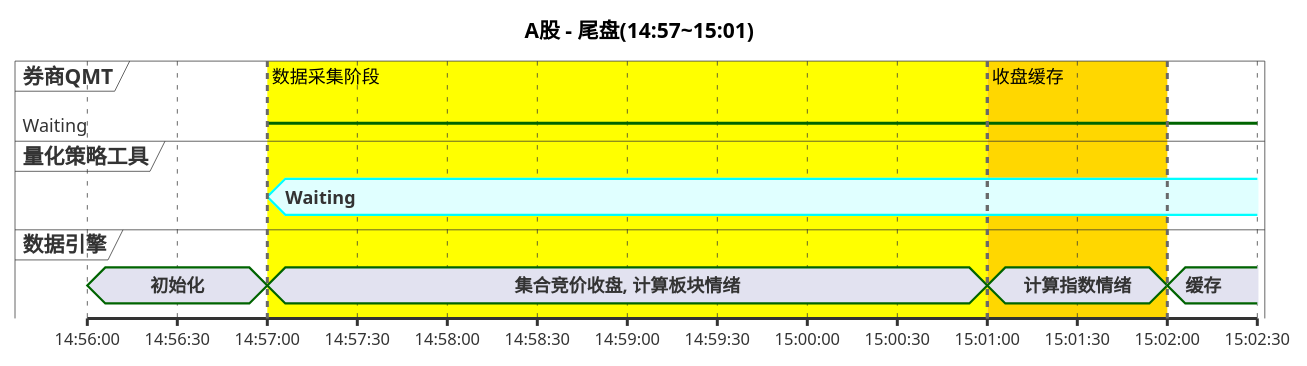
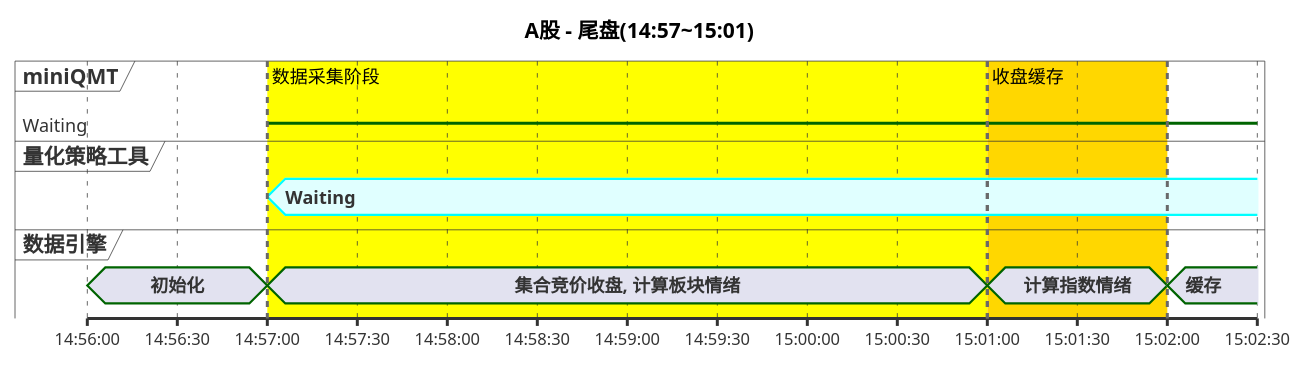
One commit to quant1x/engine changed the diagram in docs/quant-pm.puml. Above: the diagram before and after it, drawn with PlantUML.

Commit message:
修订QMT的定义为miniQMT

```diff
--- a/docs/quant-pm.puml
+++ b/docs/quant-pm.puml
@@ -1,23 +1,23 @@
 @startuml
 title A股 - 尾盘(14:57~15:01)
-robust "券商QMT" as QMT
+robust "miniQMT" as QMT
 concise "量化策略工具" as Quant
 concise "数据引擎" as Stock
 scale 30 as 60 pixels
 
 @14:56:00
 Stock is 初始化
 
 @14:57:00
 Stock is "集合竞价收盘, 计算板块情绪"
 Quant is Waiting #LightCyan;line:Aqua
 QMT is Waiting
 
 @15:01:00
 Stock is "计算指数情绪"
 
 @15:02:00
 Stock is 缓存
 highlight 14:57:00 to 15:01:00 #Yellow;line:DimGrey : 数据采集阶段
 highlight 15:01:00 to 15:02:00 #Gold;line:DimGrey : 收盘缓存
 @enduml
```
